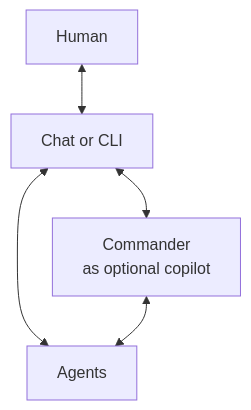
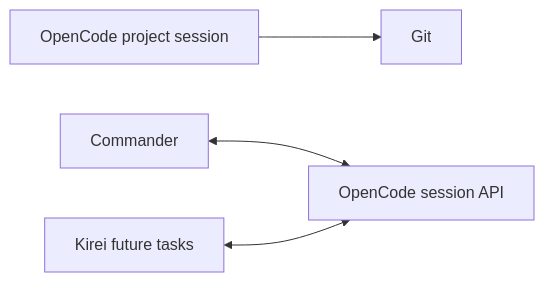
The diagram in README.md (swiknaba/digitaltwin), drawn with Mermaid before and after one commit. The commit also changed other lines of this file and 660 other files, not shown here.

First line of the commit message:
Simplify DigitalTwin around OpenCode and Commander (#41)

````diff
--- a/README.md
+++ b/README.md
@@ -16,12 +11,6 @@
 ```mermaid
-flowchart TD
-  human[Human]
-  access[Chat or CLI]
-  commander[Commander<br/> as optional copilot]
-  agents[Agents]
-
-  human <--> access
-  access <--> agents
-  access <--> commander
-  commander <--> agents
+flowchart LR
+  project[OpenCode project session] --> git[Git]
+  commander[Commander] <--> opencode[OpenCode session API]
+  kirei[Kirei future tasks] <--> opencode
 ```
````
